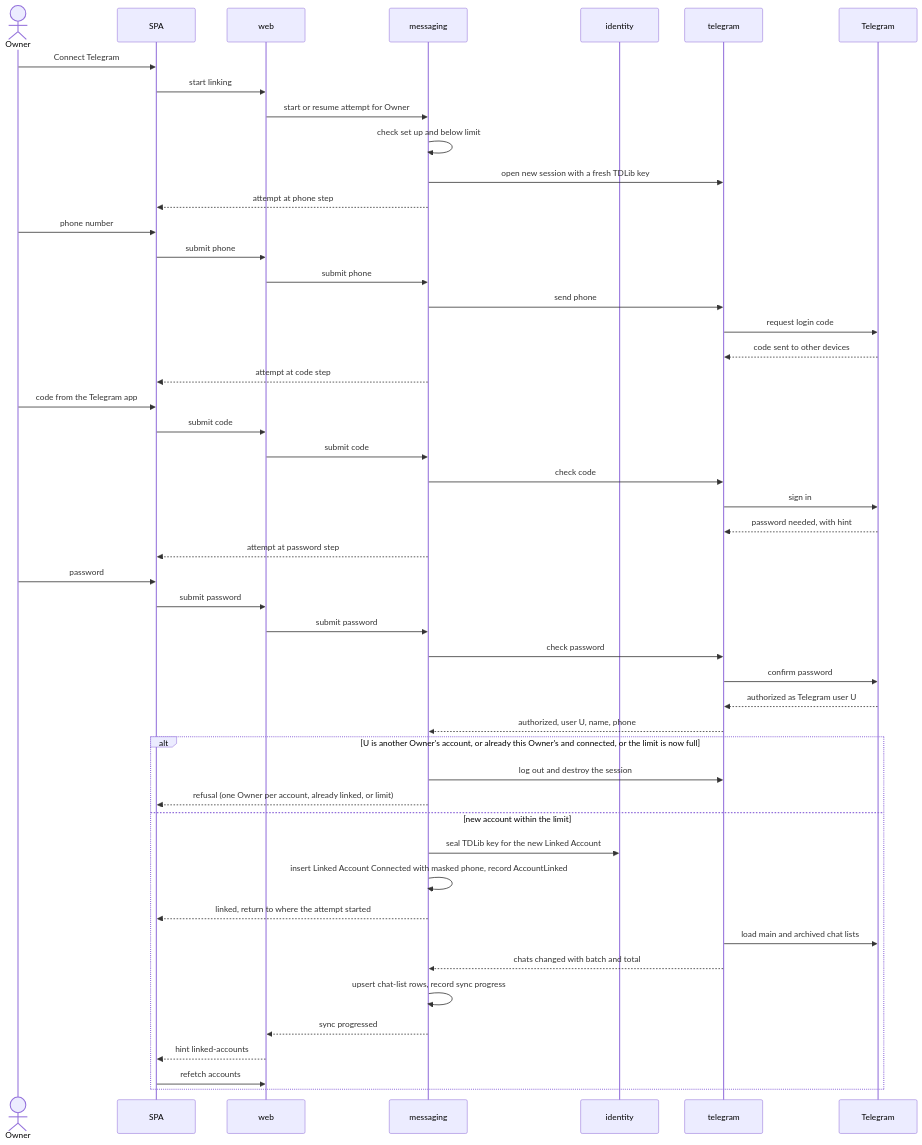
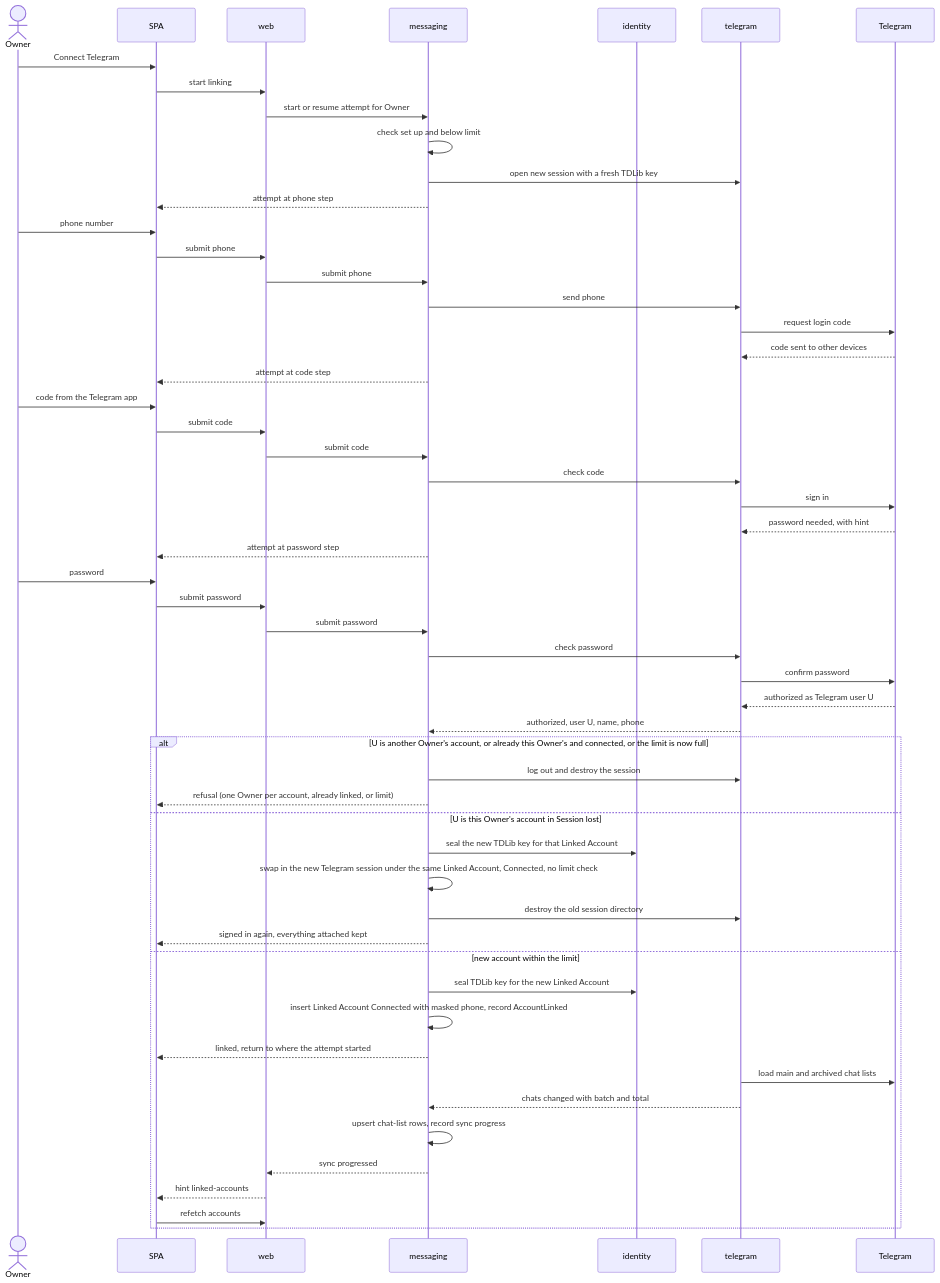
Before and after one commit to drnetua/telex: the third of 5 diagrams in docs/features/telegram-link/sad.md, drawn with Mermaid. The commit also changed other lines of this file and 1 other file, not shown here.

First line of the commit message:
design: telegram-link finalization (critic pass)

````diff
--- a/docs/features/telegram-link/sad.md
+++ b/docs/features/telegram-link/sad.md
@@ -225,52 +231,57 @@
 ```mermaid
 sequenceDiagram
     actor Owner
     participant SPA
     participant Web as web
     participant Msg as messaging
     participant Id as identity
     participant Tg as telegram
     participant TG as Telegram
 
     Owner->>SPA: Connect Telegram
     SPA->>Web: start linking
     Web->>Msg: start or resume attempt for Owner
     Msg->>Msg: check set up and below limit
     Msg->>Tg: open new session with a fresh TDLib key
     Msg-->>SPA: attempt at phone step
     Owner->>SPA: phone number
     SPA->>Web: submit phone
     Web->>Msg: submit phone
     Msg->>Tg: send phone
     Tg->>TG: request login code
     TG-->>Tg: code sent to other devices
     Msg-->>SPA: attempt at code step
     Owner->>SPA: code from the Telegram app
     SPA->>Web: submit code
     Web->>Msg: submit code
     Msg->>Tg: check code
     Tg->>TG: sign in
     TG-->>Tg: password needed, with hint
     Msg-->>SPA: attempt at password step
     Owner->>SPA: password
     SPA->>Web: submit password
     Web->>Msg: submit password
     Msg->>Tg: check password
     Tg->>TG: confirm password
     TG-->>Tg: authorized as Telegram user U
     Tg-->>Msg: authorized, user U, name, phone
     alt U is another Owner's account, or already this Owner's and connected, or the limit is now full
         Msg->>Tg: log out and destroy the session
         Msg-->>SPA: refusal (one Owner per account, already linked, or limit)
+    else U is this Owner's account in Session lost
+        Msg->>Id: seal the new TDLib key for that Linked Account
+        Msg->>Msg: swap in the new Telegram session under the same Linked Account, Connected, no limit check
+        Msg->>Tg: destroy the old session directory
+        Msg-->>SPA: signed in again, everything attached kept
     else new account within the limit
         Msg->>Id: seal TDLib key for the new Linked Account
         Msg->>Msg: insert Linked Account Connected with masked phone, record AccountLinked
         Msg-->>SPA: linked, return to where the attempt started
         Tg->>TG: load main and archived chat lists
         Tg-->>Msg: chats changed with batch and total
         Msg->>Msg: upsert chat-list rows, record sync progress
         Msg-->>Web: sync progressed
         Web-->>SPA: hint linked-accounts
         SPA->>Web: refetch accounts
     end
 ```
````
